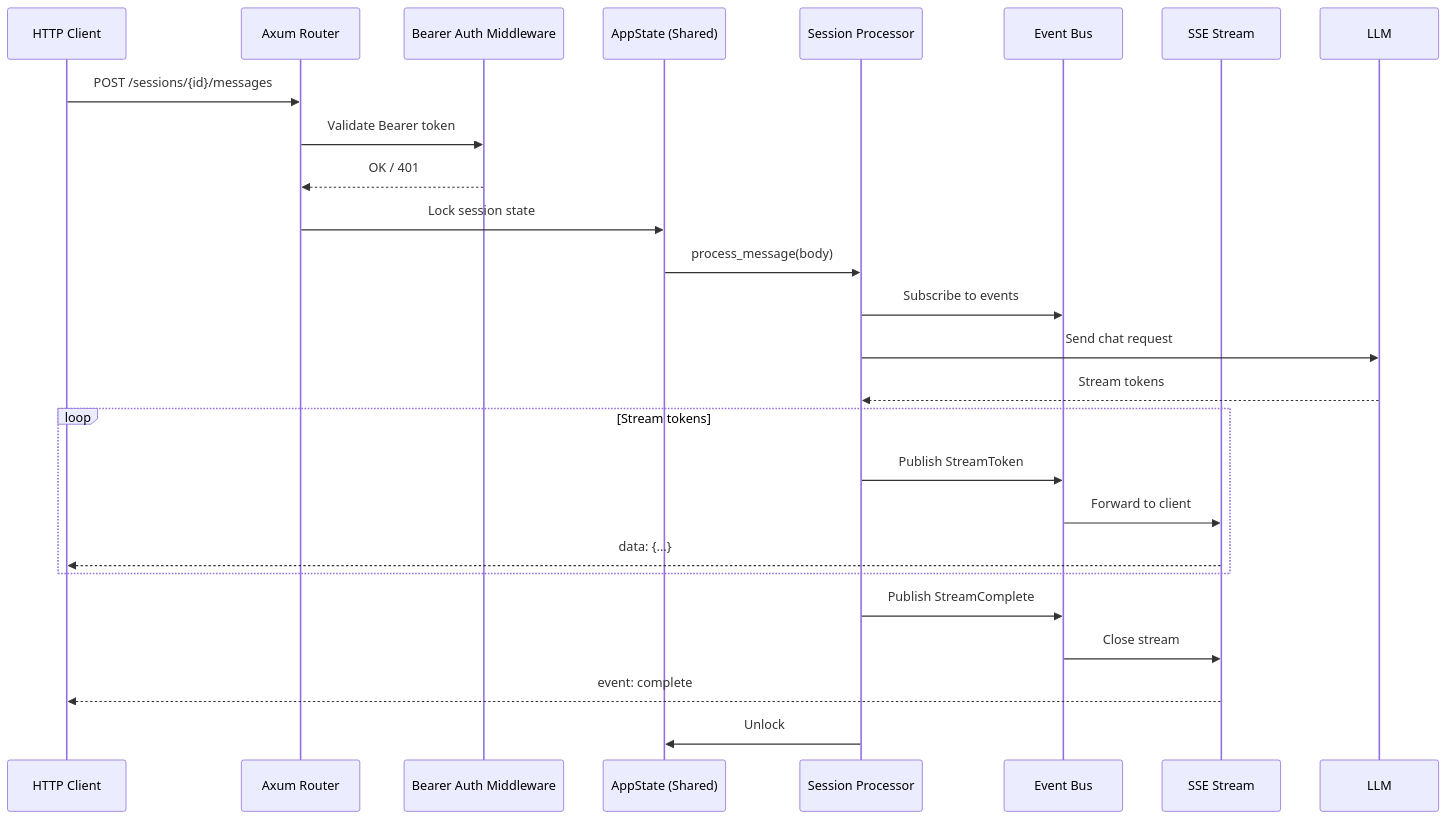
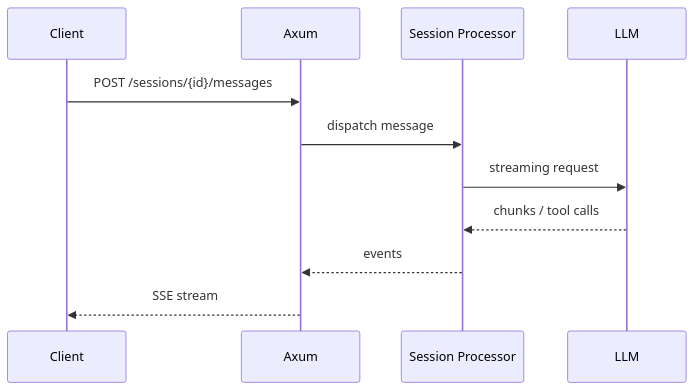
Diagram 13 of 16 in SPEC.md (thawkins/ragent), drawn with Mermaid before and after one commit. The commit also changed other lines of this file and 91 other files, not shown here.

````diff
--- a/SPEC.md
+++ b/SPEC.md
@@ -1930,28 +1076,13 @@
 ```mermaid
 sequenceDiagram
-    participant Client as HTTP Client
-    participant Axum as Axum Router
-    participant Auth as Bearer Auth Middleware
-    participant State as AppState (Shared)
-    participant Session as Session Processor
-    participant EventBus as Event Bus
-    participant SSE as SSE Stream
-
+    participant Client
+    participant Axum
+    participant SP as Session Processor
+    participant LLM
     Client->>Axum: POST /sessions/{id}/messages
-    Axum->>Auth: Validate Bearer token
-    Auth-->>Axum: OK / 401
-    Axum->>State: Lock session state
-    State->>Session: process_message(body)
-    Session->>EventBus: Subscribe to events
-    Session->>LLM: Send chat request
-    LLM-->>Session: Stream tokens
-    loop Stream tokens
-        Session->>EventBus: Publish StreamToken
-        EventBus->>SSE: Forward to client
-        SSE-->>Client: data: {...}
-    end
-    Session->>EventBus: Publish StreamComplete
-    EventBus->>SSE: Close stream
-    SSE-->>Client: event: complete
-    Session->>State: Unlock
+    Axum->>SP: dispatch message
+    SP->>LLM: streaming request
+    LLM-->>SP: chunks / tool calls
+    SP-->>Axum: events
+    Axum-->>Client: SSE stream
 ```
````
